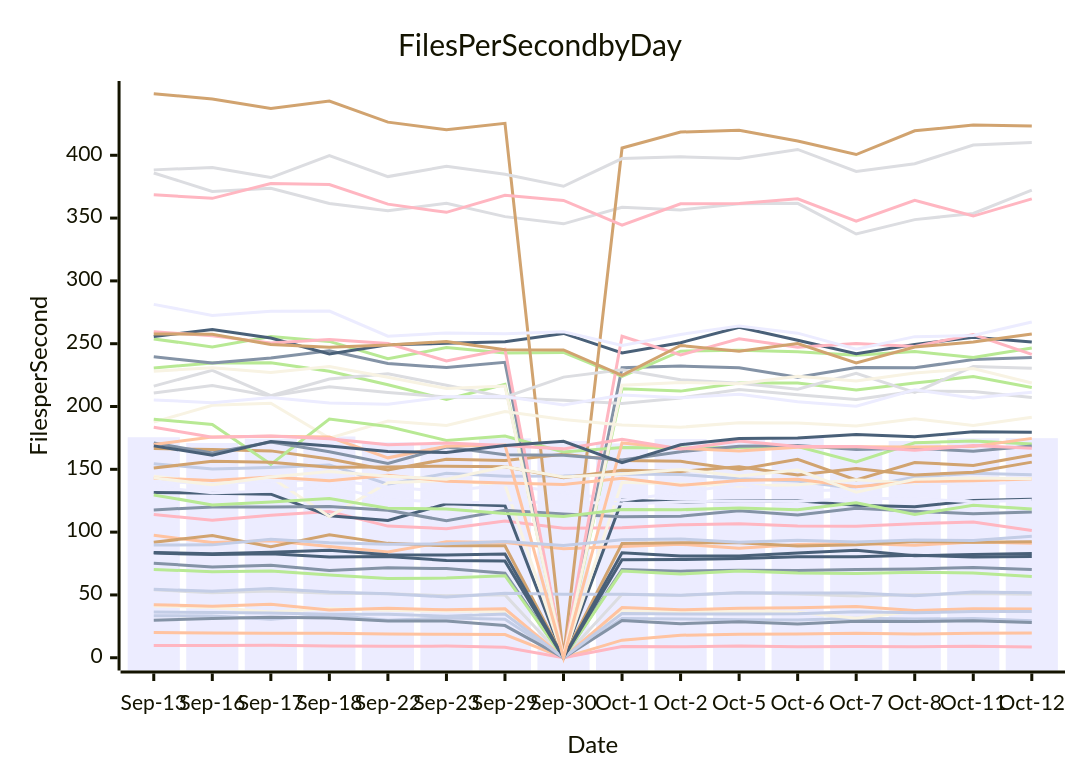
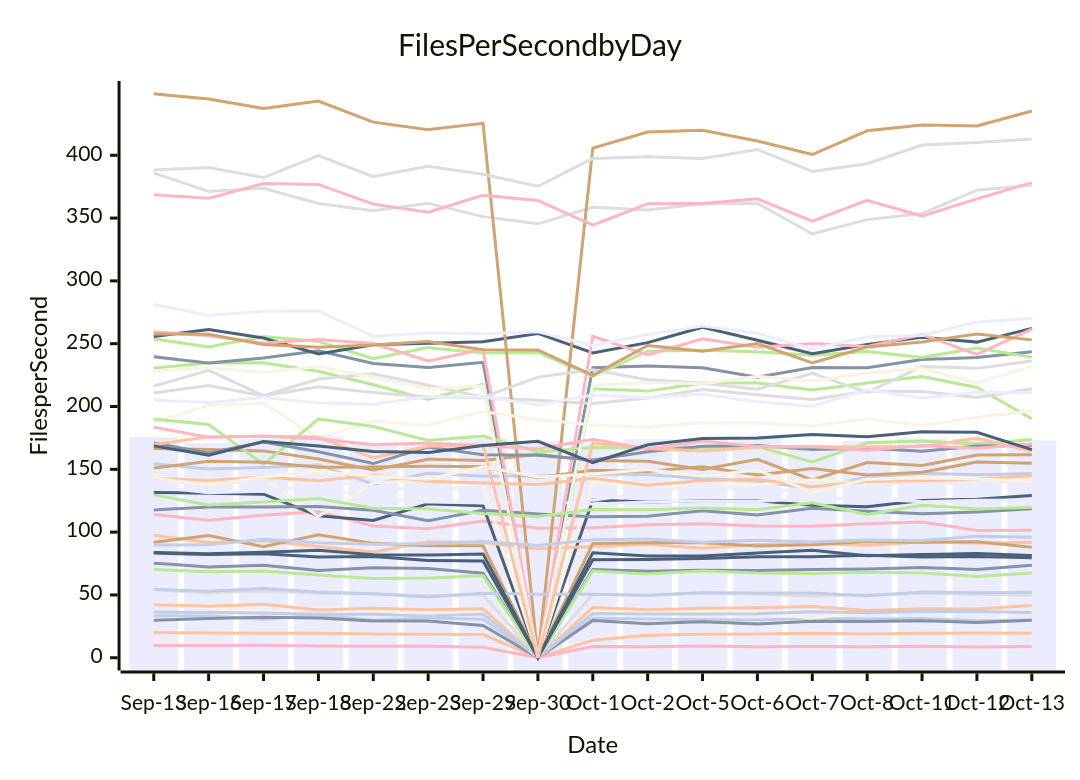
One commit to streetsidesoftware/cspell changed the diagram in perf-report.md. Above: the diagram before and after it, drawn with Mermaid. The commit also changed other lines of this file and 1 other file, not shown here.

````diff
--- a/perf-report.md
+++ b/perf-report.md
@@ -10,56 +10,56 @@
 ```mermaid
 xychart-beta
     title Files Per Second by Day
     y-axis Files per Second
-    x-axis Date [Sep-13, Sep-16, Sep-17, Sep-18, Sep-22, Sep-23, Sep-29, Sep-30, Oct-1, Oct-2, Oct-5, Oct-6, Oct-7, Oct-8, Oct-11, Oct-12]
-    bar [175.56, 170.99, 174.42, 176.15, 171.49, 170.60, 174.68, 172.58, 170.62, 174.06, 173.76, 175.18, 167.77, 172.56, 174.72, 174.80]
-    line [75.30, 72.34, 73.59, 69.54, 71.59, 70.97, 67.35, 0.00, 70.29, 68.90, 69.72, 69.41, 70.25, 70.73, 71.85, 70.24]
-    line [20.10, 19.75, 19.58, 19.44, 18.99, 18.71, 18.44, 0.00, 13.99, 17.93, 18.69, 18.90, 19.50, 18.93, 19.44, 19.72]
-    line [54.12, 51.77, 53.09, 51.40, 50.85, 49.44, 50.07, 0.00, 50.63, 49.63, 51.74, 50.84, 49.20, 50.07, 51.24, 50.63]
-    line [230.62, 234.72, 234.92, 228.04, 217.32, 205.66, 217.69, 0.00, 214.10, 212.26, 218.65, 218.73, 213.23, 218.63, 223.89, 215.19]
-    line [166.56, 165.69, 164.68, 158.25, 149.51, 158.09, 156.96, 161.98, 156.93, 156.41, 149.87, 157.99, 141.60, 155.38, 153.06, 161.38]
-    line [154.46, 150.27, 151.44, 153.53, 138.23, 146.78, 144.54, 144.66, 146.29, 145.95, 142.41, 140.78, 134.58, 143.93, 146.90, 145.68]
-    line [114.04, 109.51, 113.51, 116.46, 104.81, 102.79, 108.89, 103.13, 103.52, 105.79, 106.73, 104.92, 104.71, 106.75, 108.13, 101.27]
-    line [131.63, 130.97, 130.22, 113.06, 109.25, 122.56, 121.09, 0.00, 125.59, 123.97, 124.90, 124.88, 121.42, 120.13, 125.23, 126.18]
-    line [144.41, 139.70, 143.74, 112.39, 139.33, 141.10, 137.72, 0.00, 139.61, 138.23, 136.68, 137.77, 141.66, 138.90, 142.32, 142.51]
-    line [140.59, 138.57, 140.62, 141.72, 135.93, 132.42, 137.90, 131.39, 125.40, 131.62, 137.96, 132.77, 133.94, 139.73, 137.65, 140.36]
-    line [239.64, 234.60, 238.64, 244.36, 234.31, 230.98, 235.16, 0.00, 230.90, 232.18, 230.80, 223.37, 230.96, 230.80, 237.38, 239.08]
-    line [97.52, 91.70, 93.14, 88.50, 84.12, 92.41, 91.76, 86.84, 88.64, 90.41, 87.11, 90.10, 90.92, 89.47, 92.20, 91.07]
-    line [385.92, 371.23, 373.66, 361.57, 355.78, 361.81, 351.17, 345.43, 358.65, 356.52, 361.50, 361.77, 337.36, 348.77, 353.66, 372.23]
-    line [253.77, 247.48, 255.65, 251.83, 237.98, 246.89, 242.54, 243.09, 224.03, 244.08, 244.73, 243.65, 240.74, 243.74, 239.12, 246.59]
-    line [91.96, 97.25, 88.47, 97.89, 91.06, 89.08, 89.06, 0.00, 90.96, 91.55, 91.45, 89.01, 89.93, 92.54, 91.94, 92.43]
-    line [33.48, 33.18, 30.65, 34.02, 29.87, 31.63, 30.68, 0.00, 31.32, 30.89, 30.33, 30.00, 31.45, 30.76, 31.21, 29.46]
-    line [9.67, 9.68, 9.92, 9.37, 9.23, 9.26, 8.29, 0.00, 8.90, 8.75, 9.30, 8.76, 9.01, 8.84, 9.20, 8.48]
-    line [255.75, 261.30, 254.48, 241.79, 249.14, 250.28, 251.57, 258.18, 242.58, 250.83, 263.10, 252.70, 241.96, 249.38, 255.08, 251.27]
-    line [41.26, 40.08, 36.34, 39.18, 37.74, 37.18, 36.89, 0.00, 37.27, 36.89, 37.25, 36.15, 31.44, 37.05, 36.96, 37.36]
-    line [136.08, 131.30, 132.64, 136.81, 125.88, 123.97, 123.26, 124.35, 122.36, 124.05, 124.82, 124.36, 126.90, 126.65, 124.16, 125.33]
-    line [117.69, 120.09, 120.05, 120.31, 117.43, 109.01, 117.33, 114.51, 112.29, 112.71, 117.07, 113.67, 118.94, 116.57, 114.56, 116.10]
-    line [42.24, 41.01, 42.53, 38.05, 39.43, 38.14, 38.94, 0.00, 39.96, 38.12, 39.36, 39.89, 40.71, 37.67, 39.08, 38.81]
-    line [210.80, 216.66, 208.33, 215.69, 211.15, 207.60, 206.93, 205.06, 202.44, 206.85, 213.52, 209.33, 205.65, 212.19, 211.98, 207.11]
-    line [70.27, 68.51, 69.01, 65.91, 63.15, 63.41, 65.35, 0.00, 69.02, 66.69, 69.13, 67.47, 67.16, 68.00, 67.55, 64.68]
-    line [448.98, 444.77, 437.29, 443.15, 426.39, 420.42, 425.42, 0.00, 405.76, 418.50, 419.89, 411.38, 400.59, 419.52, 424.04, 423.37]
-    line [54.54, 52.86, 55.21, 52.35, 50.94, 48.45, 51.30, 50.59, 50.58, 49.72, 51.81, 51.47, 51.46, 49.27, 52.29, 51.68]
-    line [259.52, 256.30, 250.62, 253.31, 250.10, 236.21, 245.48, 0.00, 255.93, 241.02, 253.94, 247.24, 250.16, 247.84, 257.30, 241.45]
-    line [83.34, 82.19, 82.78, 80.29, 80.65, 77.47, 76.93, 0.00, 78.07, 78.18, 79.10, 80.49, 80.39, 81.56, 80.21, 80.63]
-    line [187.59, 200.94, 202.64, 174.86, 188.42, 184.98, 195.97, 189.74, 185.35, 183.52, 187.14, 186.91, 184.49, 190.34, 184.90, 191.40]
-    line [281.31, 272.54, 275.91, 275.97, 256.03, 258.54, 258.01, 259.58, 248.67, 257.34, 264.03, 258.40, 245.57, 255.62, 256.53, 267.31]
-    line [29.93, 31.17, 32.23, 31.60, 29.23, 29.18, 25.62, 0.00, 29.72, 27.11, 28.75, 26.92, 29.01, 28.90, 29.46, 28.10]
-    line [142.95, 141.14, 143.95, 140.92, 145.29, 140.59, 139.11, 138.01, 142.88, 137.23, 141.05, 142.08, 136.09, 140.30, 140.84, 142.21]
-    line [216.25, 228.77, 208.66, 221.89, 226.09, 216.90, 207.46, 223.39, 229.16, 221.30, 218.51, 213.71, 226.50, 211.28, 231.85, 230.37]
-    line [189.95, 185.74, 153.97, 189.99, 184.11, 172.95, 176.46, 163.78, 167.39, 166.94, 167.31, 168.16, 155.92, 171.13, 172.58, 170.12]
-    line [151.06, 156.36, 155.63, 151.63, 151.94, 152.50, 152.06, 143.32, 149.19, 148.32, 152.02, 145.55, 150.72, 145.51, 147.65, 155.73]
-    line [36.42, 35.98, 35.70, 34.54, 34.55, 33.11, 34.81, 0.00, 35.17, 34.81, 34.91, 35.03, 36.57, 35.78, 36.79, 36.72]
-    line [368.52, 365.71, 377.56, 376.77, 361.09, 354.59, 368.19, 364.07, 344.36, 361.41, 361.68, 365.40, 347.49, 364.22, 351.61, 365.32]
-    line [83.78, 82.79, 83.96, 85.57, 82.01, 81.81, 82.67, 0.00, 83.49, 80.99, 81.07, 83.35, 85.60, 81.23, 82.10, 82.91]
-    line [228.09, 230.87, 227.16, 231.88, 223.22, 214.31, 216.24, 0.00, 216.91, 219.11, 218.12, 224.03, 220.33, 226.62, 230.28, 218.75]
-    line [205.22, 203.09, 207.23, 202.88, 201.82, 207.79, 207.90, 201.29, 209.19, 206.95, 209.81, 203.73, 200.20, 213.26, 206.70, 211.33]
-    line [170.88, 163.08, 171.82, 163.97, 154.58, 167.67, 161.60, 161.14, 157.44, 164.03, 168.37, 169.06, 165.80, 166.84, 164.39, 168.52]
-    line [169.76, 175.73, 176.36, 175.75, 159.14, 168.41, 169.31, 0.00, 170.99, 166.63, 164.65, 167.66, 167.88, 167.80, 168.10, 174.64]
-    line [388.38, 390.24, 382.26, 399.81, 383.04, 391.20, 384.82, 375.34, 397.41, 398.74, 397.51, 404.63, 387.08, 393.22, 408.11, 410.12]
-    line [129.64, 121.66, 124.08, 126.72, 119.08, 118.45, 114.87, 112.49, 118.05, 117.81, 119.24, 117.86, 123.32, 114.00, 121.45, 118.50]
-    line [257.78, 257.49, 249.43, 247.25, 248.88, 251.75, 245.20, 245.06, 224.85, 248.59, 243.98, 250.11, 234.68, 247.40, 251.29, 257.74]
-    line [89.85, 89.86, 94.27, 91.54, 90.45, 90.71, 92.55, 89.39, 93.96, 94.53, 91.86, 93.63, 92.24, 93.65, 93.28, 96.70]
-    line [183.51, 175.60, 176.44, 174.39, 169.65, 170.91, 168.95, 166.28, 173.86, 166.13, 172.49, 168.21, 168.21, 165.09, 168.91, 166.70]
-    line [168.68, 161.23, 172.09, 168.48, 164.20, 163.31, 169.03, 172.29, 155.24, 169.60, 174.57, 174.90, 177.64, 175.96, 179.86, 179.47]
-    line [143.19, 137.67, 143.95, 148.30, 144.49, 142.14, 152.04, 143.84, 146.29, 149.93, 144.74, 149.38, 131.76, 142.06, 143.05, 142.42]
+    x-axis Date [Sep-13, Sep-16, Sep-17, Sep-18, Sep-22, Sep-23, Sep-29, Sep-30, Oct-1, Oct-2, Oct-5, Oct-6, Oct-7, Oct-8, Oct-11, Oct-12, Oct-13]
+    bar [175.56, 170.99, 174.42, 176.15, 171.49, 170.60, 174.68, 172.58, 170.62, 174.06, 173.76, 175.18, 167.77, 172.56, 174.72, 174.80, 173.05]
+    line [75.30, 72.34, 73.59, 69.54, 71.59, 70.97, 67.35, 0.00, 70.29, 68.90, 69.72, 69.41, 70.25, 70.73, 71.85, 70.24, 73.68]
+    line [20.10, 19.75, 19.58, 19.44, 18.99, 18.71, 18.44, 0.00, 13.99, 17.93, 18.69, 18.90, 19.50, 18.93, 19.44, 19.72, 19.56]
+    line [54.12, 51.77, 53.09, 51.40, 50.85, 49.44, 50.07, 0.00, 50.63, 49.63, 51.74, 50.84, 49.20, 50.07, 51.24, 50.63, 50.00]
+    line [230.62, 234.72, 234.92, 228.04, 217.32, 205.66, 217.69, 0.00, 214.10, 212.26, 218.65, 218.73, 213.23, 218.63, 223.89, 215.19, 190.30]
+    line [166.56, 165.69, 164.68, 158.25, 149.51, 158.09, 156.96, 161.98, 156.93, 156.41, 149.87, 157.99, 141.60, 155.38, 153.06, 161.38, 161.52]
+    line [154.46, 150.27, 151.44, 153.53, 138.23, 146.78, 144.54, 144.66, 146.29, 145.95, 142.41, 140.78, 134.58, 143.93, 146.90, 145.68, 146.73]
+    line [114.04, 109.51, 113.51, 116.46, 104.81, 102.79, 108.89, 103.13, 103.52, 105.79, 106.73, 104.92, 104.71, 106.75, 108.13, 101.27, 101.40]
+    line [131.63, 130.97, 130.22, 113.06, 109.25, 122.56, 121.09, 0.00, 125.59, 123.97, 124.90, 124.88, 121.42, 120.13, 125.23, 126.18, 129.15]
+    line [144.41, 139.70, 143.74, 112.39, 139.33, 141.10, 137.72, 0.00, 139.61, 138.23, 136.68, 137.77, 141.66, 138.90, 142.32, 142.51, 142.03]
+    line [140.59, 138.57, 140.62, 141.72, 135.93, 132.42, 137.90, 131.39, 125.40, 131.62, 137.96, 132.77, 133.94, 139.73, 137.65, 140.36, 139.64]
+    line [239.64, 234.60, 238.64, 244.36, 234.31, 230.98, 235.16, 0.00, 230.90, 232.18, 230.80, 223.37, 230.96, 230.80, 237.38, 239.08, 243.62]
+    line [97.52, 91.70, 93.14, 88.50, 84.12, 92.41, 91.76, 86.84, 88.64, 90.41, 87.11, 90.10, 90.92, 89.47, 92.20, 91.07, 91.92]
+    line [385.92, 371.23, 373.66, 361.57, 355.78, 361.81, 351.17, 345.43, 358.65, 356.52, 361.50, 361.77, 337.36, 348.77, 353.66, 372.23, 376.33]
+    line [253.77, 247.48, 255.65, 251.83, 237.98, 246.89, 242.54, 243.09, 224.03, 244.08, 244.73, 243.65, 240.74, 243.74, 239.12, 246.59, 239.18]
+    line [91.96, 97.25, 88.47, 97.89, 91.06, 89.08, 89.06, 0.00, 90.96, 91.55, 91.45, 89.01, 89.93, 92.54, 91.94, 92.43, 87.96]
+    line [33.48, 33.18, 30.65, 34.02, 29.87, 31.63, 30.68, 0.00, 31.32, 30.89, 30.33, 30.00, 31.45, 30.76, 31.21, 29.46, 30.12]
+    line [9.67, 9.68, 9.92, 9.37, 9.23, 9.26, 8.29, 0.00, 8.90, 8.75, 9.30, 8.76, 9.01, 8.84, 9.20, 8.48, 9.04]
+    line [255.75, 261.30, 254.48, 241.79, 249.14, 250.28, 251.57, 258.18, 242.58, 250.83, 263.10, 252.70, 241.96, 249.38, 255.08, 251.27, 262.23]
+    line [41.26, 40.08, 36.34, 39.18, 37.74, 37.18, 36.89, 0.00, 37.27, 36.89, 37.25, 36.15, 31.44, 37.05, 36.96, 37.36, 36.62]
+    line [136.08, 131.30, 132.64, 136.81, 125.88, 123.97, 123.26, 124.35, 122.36, 124.05, 124.82, 124.36, 126.90, 126.65, 124.16, 125.33, 125.50]
+    line [117.69, 120.09, 120.05, 120.31, 117.43, 109.01, 117.33, 114.51, 112.29, 112.71, 117.07, 113.67, 118.94, 116.57, 114.56, 116.10, 118.59]
+    line [42.24, 41.01, 42.53, 38.05, 39.43, 38.14, 38.94, 0.00, 39.96, 38.12, 39.36, 39.89, 40.71, 37.67, 39.08, 38.81, 41.50]
+    line [210.80, 216.66, 208.33, 215.69, 211.15, 207.60, 206.93, 205.06, 202.44, 206.85, 213.52, 209.33, 205.65, 212.19, 211.98, 207.11, 214.20]
+    line [70.27, 68.51, 69.01, 65.91, 63.15, 63.41, 65.35, 0.00, 69.02, 66.69, 69.13, 67.47, 67.16, 68.00, 67.55, 64.68, 67.50]
+    line [448.98, 444.77, 437.29, 443.15, 426.39, 420.42, 425.42, 0.00, 405.76, 418.50, 419.89, 411.38, 400.59, 419.52, 424.04, 423.37, 435.23]
+    line [54.54, 52.86, 55.21, 52.35, 50.94, 48.45, 51.30, 50.59, 50.58, 49.72, 51.81, 51.47, 51.46, 49.27, 52.29, 51.68, 52.10]
+    line [259.52, 256.30, 250.62, 253.31, 250.10, 236.21, 245.48, 0.00, 255.93, 241.02, 253.94, 247.24, 250.16, 247.84, 257.30, 241.45, 261.56]
+    line [83.34, 82.19, 82.78, 80.29, 80.65, 77.47, 76.93, 0.00, 78.07, 78.18, 79.10, 80.49, 80.39, 81.56, 80.21, 80.63, 79.65]
+    line [187.59, 200.94, 202.64, 174.86, 188.42, 184.98, 195.97, 189.74, 185.35, 183.52, 187.14, 186.91, 184.49, 190.34, 184.90, 191.40, 196.47]
+    line [281.31, 272.54, 275.91, 275.97, 256.03, 258.54, 258.01, 259.58, 248.67, 257.34, 264.03, 258.40, 245.57, 255.62, 256.53, 267.31, 270.20]
+    line [29.93, 31.17, 32.23, 31.60, 29.23, 29.18, 25.62, 0.00, 29.72, 27.11, 28.75, 26.92, 29.01, 28.90, 29.46, 28.10, 29.79]
+    line [142.95, 141.14, 143.95, 140.92, 145.29, 140.59, 139.11, 138.01, 142.88, 137.23, 141.05, 142.08, 136.09, 140.30, 140.84, 142.21, 144.96]
+    line [216.25, 228.77, 208.66, 221.89, 226.09, 216.90, 207.46, 223.39, 229.16, 221.30, 218.51, 213.71, 226.50, 211.28, 231.85, 230.37, 236.27]
+    line [189.95, 185.74, 153.97, 189.99, 184.11, 172.95, 176.46, 163.78, 167.39, 166.94, 167.31, 168.16, 155.92, 171.13, 172.58, 170.12, 173.76]
+    line [151.06, 156.36, 155.63, 151.63, 151.94, 152.50, 152.06, 143.32, 149.19, 148.32, 152.02, 145.55, 150.72, 145.51, 147.65, 155.73, 154.93]
+    line [36.42, 35.98, 35.70, 34.54, 34.55, 33.11, 34.81, 0.00, 35.17, 34.81, 34.91, 35.03, 36.57, 35.78, 36.79, 36.72, 36.01]
+    line [368.52, 365.71, 377.56, 376.77, 361.09, 354.59, 368.19, 364.07, 344.36, 361.41, 361.68, 365.40, 347.49, 364.22, 351.61, 365.32, 378.19]
+    line [83.78, 82.79, 83.96, 85.57, 82.01, 81.81, 82.67, 0.00, 83.49, 80.99, 81.07, 83.35, 85.60, 81.23, 82.10, 82.91, 81.45]
+    line [228.09, 230.87, 227.16, 231.88, 223.22, 214.31, 216.24, 0.00, 216.91, 219.11, 218.12, 224.03, 220.33, 226.62, 230.28, 218.75, 231.91]
+    line [205.22, 203.09, 207.23, 202.88, 201.82, 207.79, 207.90, 201.29, 209.19, 206.95, 209.81, 203.73, 200.20, 213.26, 206.70, 211.33, 210.86]
+    line [170.88, 163.08, 171.82, 163.97, 154.58, 167.67, 161.60, 161.14, 157.44, 164.03, 168.37, 169.06, 165.80, 166.84, 164.39, 168.52, 169.16]
+    line [169.76, 175.73, 176.36, 175.75, 159.14, 168.41, 169.31, 0.00, 170.99, 166.63, 164.65, 167.66, 167.88, 167.80, 168.10, 174.64, 164.40]
+    line [388.38, 390.24, 382.26, 399.81, 383.04, 391.20, 384.82, 375.34, 397.41, 398.74, 397.51, 404.63, 387.08, 393.22, 408.11, 410.12, 412.98]
+    line [129.64, 121.66, 124.08, 126.72, 119.08, 118.45, 114.87, 112.49, 118.05, 117.81, 119.24, 117.86, 123.32, 114.00, 121.45, 118.50, 119.79]
+    line [257.78, 257.49, 249.43, 247.25, 248.88, 251.75, 245.20, 245.06, 224.85, 248.59, 243.98, 250.11, 234.68, 247.40, 251.29, 257.74, 253.05]
+    line [89.85, 89.86, 94.27, 91.54, 90.45, 90.71, 92.55, 89.39, 93.96, 94.53, 91.86, 93.63, 92.24, 93.65, 93.28, 96.70, 96.02]
+    line [183.51, 175.60, 176.44, 174.39, 169.65, 170.91, 168.95, 166.28, 173.86, 166.13, 172.49, 168.21, 168.21, 165.09, 168.91, 166.70, 170.20]
+    line [168.68, 161.23, 172.09, 168.48, 164.20, 163.31, 169.03, 172.29, 155.24, 169.60, 174.57, 174.90, 177.64, 175.96, 179.86, 179.47, 165.71]
+    line [143.19, 137.67, 143.95, 148.30, 144.49, 142.14, 152.04, 143.84, 146.29, 149.93, 144.74, 149.38, 131.76, 142.06, 143.05, 142.42, 140.01]
 ```
````
